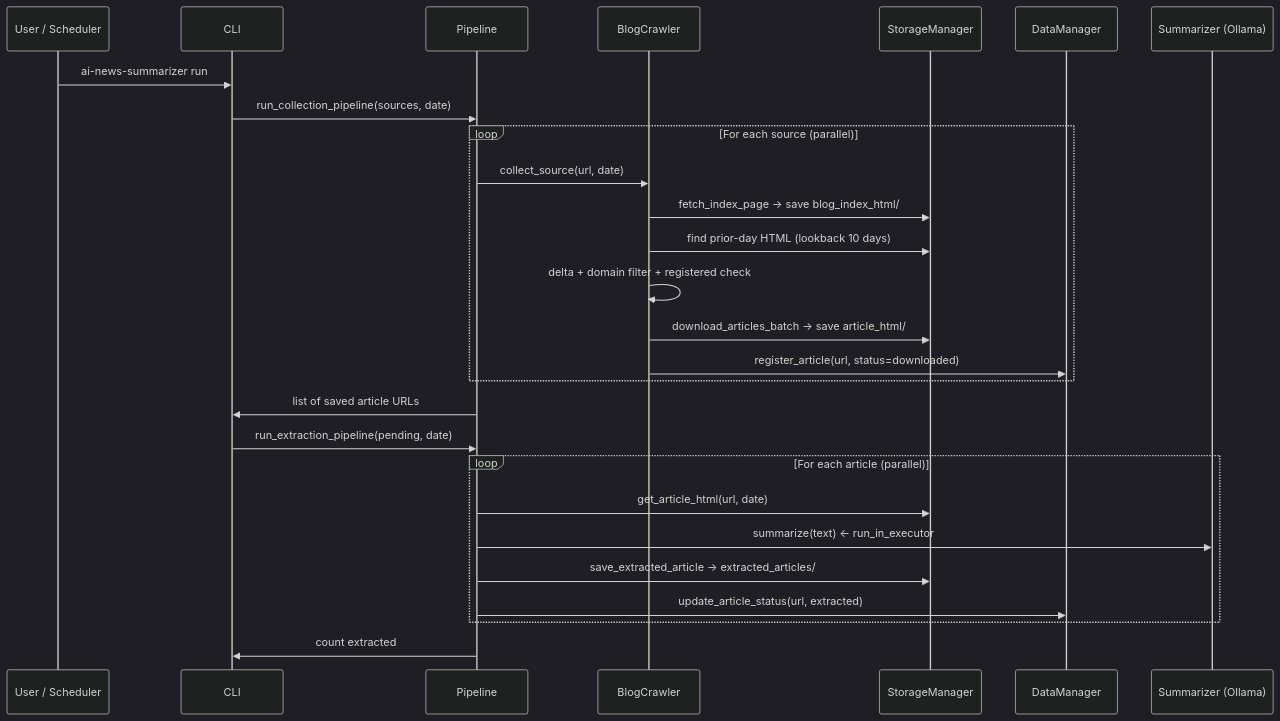
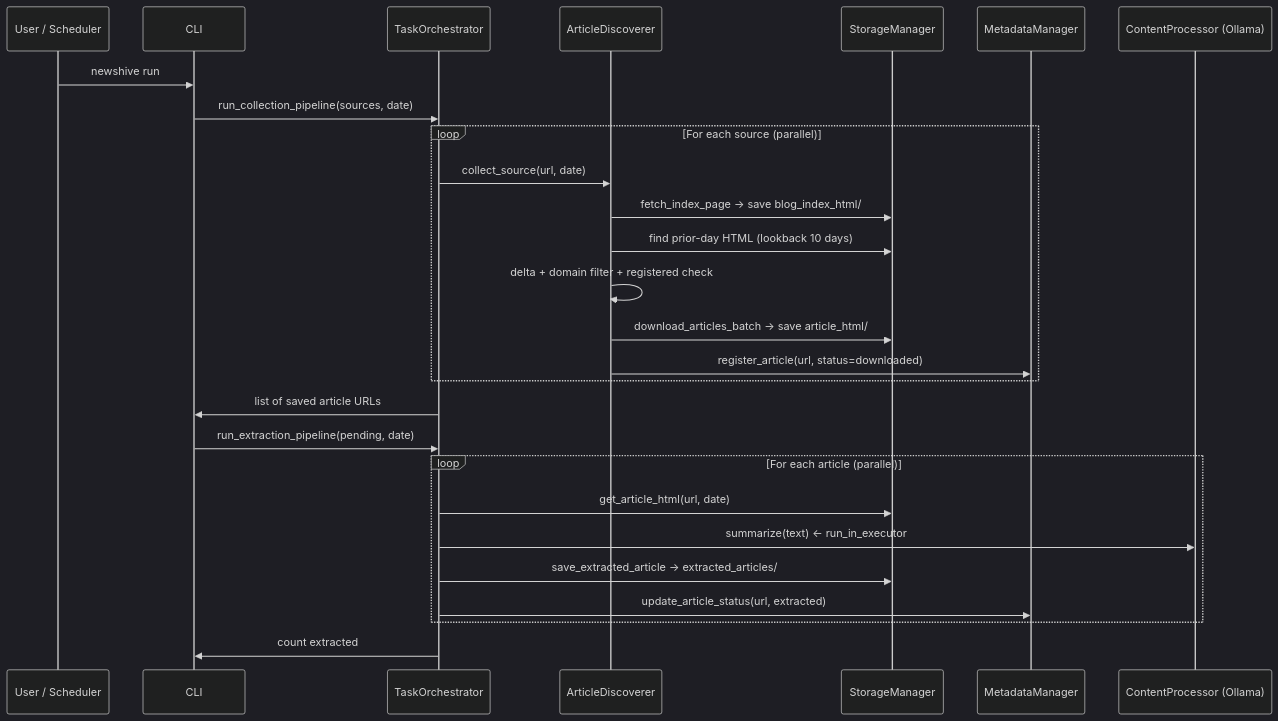
One commit to msampathkumar/newshive changed the third of 3 diagrams in DESIGN.md. Above: the diagram before and after it, drawn with Mermaid (dark theme). The commit also changed other lines of this file and 21 other files, not shown here.

First line of the commit message:
refactor: Rename project from news-hive to newshive

````diff
--- a/DESIGN.md
+++ b/DESIGN.md
@@ -172,31 +172,31 @@
 ```mermaid
 sequenceDiagram
     participant U as User / Scheduler
     participant CLI
-    participant P as Pipeline
-    participant C as BlogCrawler
+    participant P as TaskOrchestrator
+    participant C as ArticleDiscoverer
     participant S as StorageManager
-    participant DB as DataManager
-    participant LLM as Summarizer (Ollama)
+    participant DB as MetadataManager
+    participant LLM as ContentProcessor (Ollama)
 
-    U->>CLI: ai-news-summarizer run
+    U->>CLI: newshive run
     CLI->>P: run_collection_pipeline(sources, date)
     loop For each source (parallel)
         P->>C: collect_source(url, date)
         C->>S: fetch_index_page → save blog_index_html/
         C->>S: find prior-day HTML (lookback 10 days)
         C->>C: delta + domain filter + registered check
         C->>S: download_articles_batch → save article_html/
         C->>DB: register_article(url, status=downloaded)
     end
     P->>CLI: list of saved article URLs
 
     CLI->>P: run_extraction_pipeline(pending, date)
     loop For each article (parallel)
         P->>S: get_article_html(url, date)
         P->>LLM: summarize(text)  ← run_in_executor
         P->>S: save_extracted_article → extracted_articles/
         P->>DB: update_article_status(url, extracted)
     end
     P->>CLI: count extracted
 ```
````
